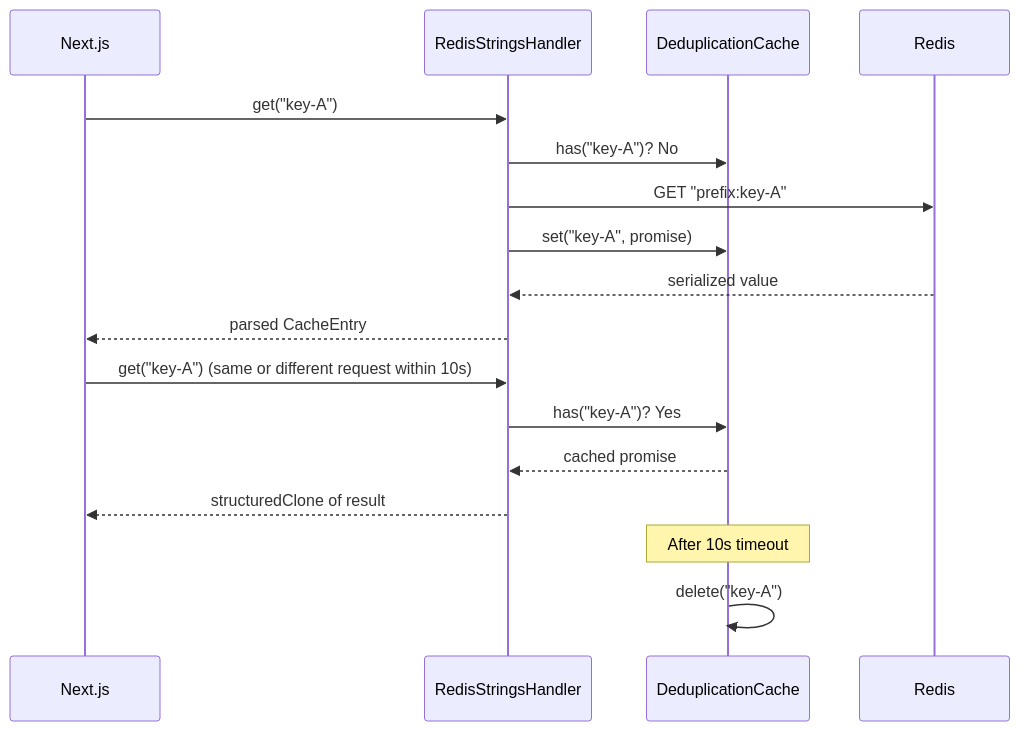
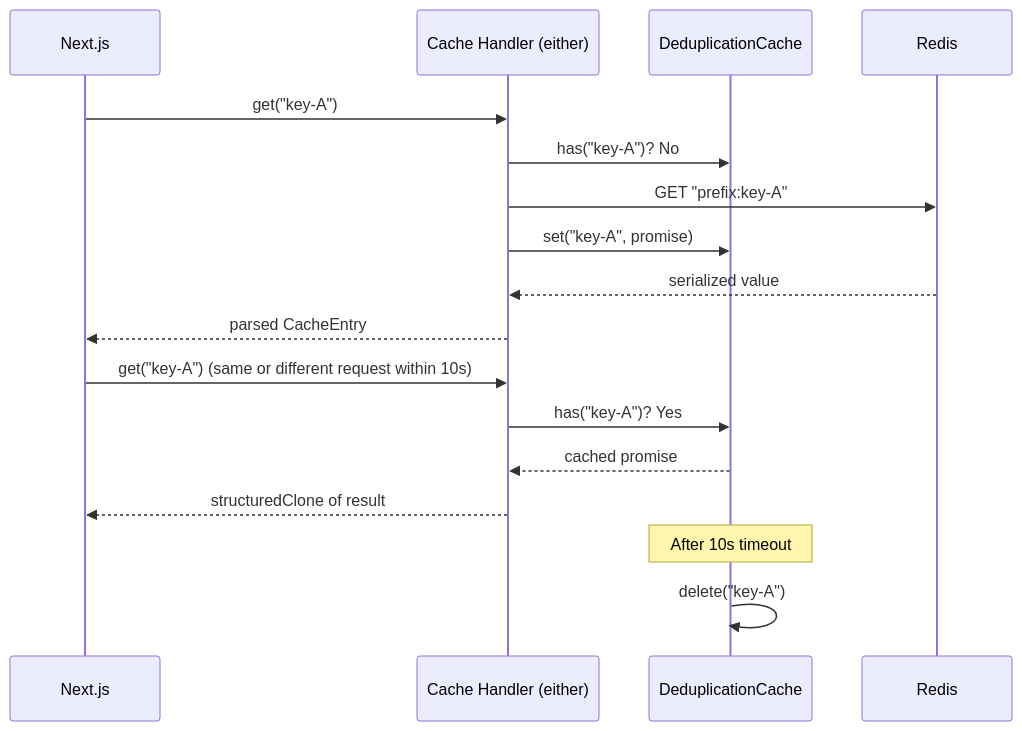
The fifth of 9 diagrams in ARCHITECTURE.md (trieb-work/nextjs-turbo-redis-cache), drawn with Mermaid before and after one commit. The commit also changed other lines of this file and 262 other files, not shown here.

````diff
--- a/ARCHITECTURE.md
+++ b/ARCHITECTURE.md
@@ -170,22 +170,22 @@
 ```mermaid
 sequenceDiagram
     participant NX as Next.js
-    participant H as RedisStringsHandler
+    participant H as Cache Handler (either)
     participant DC as DeduplicationCache
     participant R as Redis
 
     NX->>H: get("key-A")
     H->>DC: has("key-A")? No
     H->>R: GET "prefix:key-A"
     H->>DC: set("key-A", promise)
     R-->>H: serialized value
     H-->>NX: parsed CacheEntry
 
     NX->>H: get("key-A") (same or different request within 10s)
     H->>DC: has("key-A")? Yes
     DC-->>H: cached promise
     H-->>NX: structuredClone of result
 
     Note over DC: After 10s timeout
     DC->>DC: delete("key-A")
 ```
````
